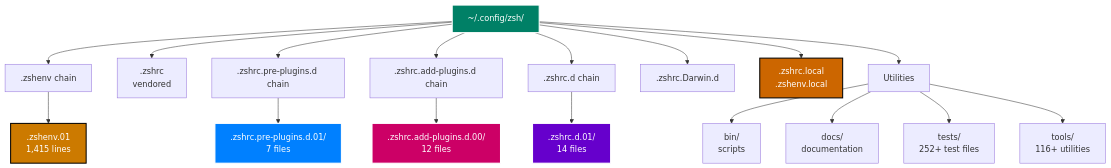
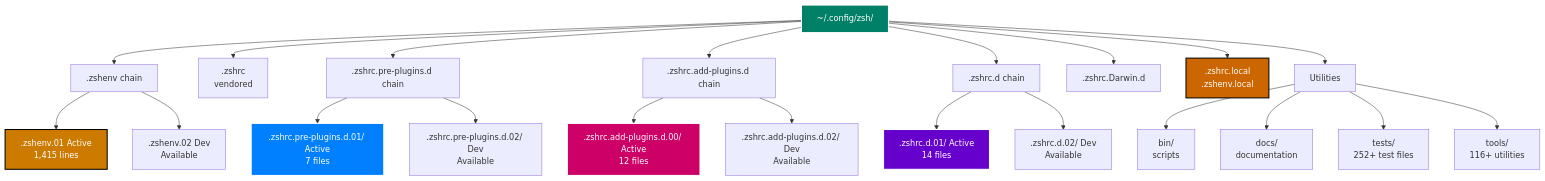
The diagram in dot-config/zsh/docs/010-zsh-configuration/070-file-organization.md (s-a-c/dotfiles), drawn with Mermaid before and after one commit. The commit also changed other lines of this file and 59 other files, not shown here.

````diff
--- a/dot-config/zsh/docs/010-zsh-configuration/070-file-organization.md
+++ b/dot-config/zsh/docs/010-zsh-configuration/070-file-organization.md
@@ -83,29 +89,33 @@
 ```mermaid
 graph TD
     ROOT[~/.config/zsh/] --> ENV[.zshenv chain]
     ROOT --> ZRC[.zshrc<br/>vendored]
     ROOT --> PRE[.zshrc.pre-plugins.d chain]
     ROOT --> ADD[.zshrc.add-plugins.d chain]
     ROOT --> POST[.zshrc.d chain]
     ROOT --> PLAT[.zshrc.Darwin.d]
     ROOT --> USER[.zshrc.local<br/>.zshenv.local]
     ROOT --> UTIL[Utilities]
 
-    ENV --> ENV1[.zshenv.01<br/>1,415 lines]
-    PRE --> PRE1[.zshrc.pre-plugins.d.01/<br/>7 files]
-    ADD --> ADD0[.zshrc.add-plugins.d.00/<br/>12 files]
-    POST --> POST1[.zshrc.d.01/<br/>14 files]
+    ENV --> ENV1[.zshenv.01 Active<br/>1,415 lines]
+    ENV --> ENV2[.zshenv.02 Dev<br/>Available]
+    PRE --> PRE1[.zshrc.pre-plugins.d.01/ Active<br/>7 files]
+    PRE --> PRE2[.zshrc.pre-plugins.d.02/ Dev<br/>Available]
+    ADD --> ADD0[.zshrc.add-plugins.d.00/ Active<br/>12 files]
+    ADD --> ADD2[.zshrc.add-plugins.d.02/ Dev<br/>Available]
+    POST --> POST1[.zshrc.d.01/ Active<br/>14 files]
+    POST --> POST2[.zshrc.d.02/ Dev<br/>Available]
 
     UTIL --> BIN[bin/<br/>scripts]
     UTIL --> DOCS[docs/<br/>documentation]
     UTIL --> TESTS[tests/<br/>252+ test files]
     UTIL --> TOOLS[tools/<br/>116+ utilities]
 
     style ROOT fill:#008066,stroke:#fff,stroke-width:2px,color:#fff
     style ENV1 fill:#cc7a00,stroke:#000,stroke-width:2px,color:#fff
     style PRE1 fill:#0080ff,stroke:#fff,stroke-width:2px,color:#fff
     style ADD0 fill:#cc0066,stroke:#fff,stroke-width:2px,color:#fff
     style POST1 fill:#6600cc,stroke:#fff,stroke-width:2px,color:#fff
     style USER fill:#cc6600,stroke:#000,stroke-width:2px,color:#fff
 
 ```
````
